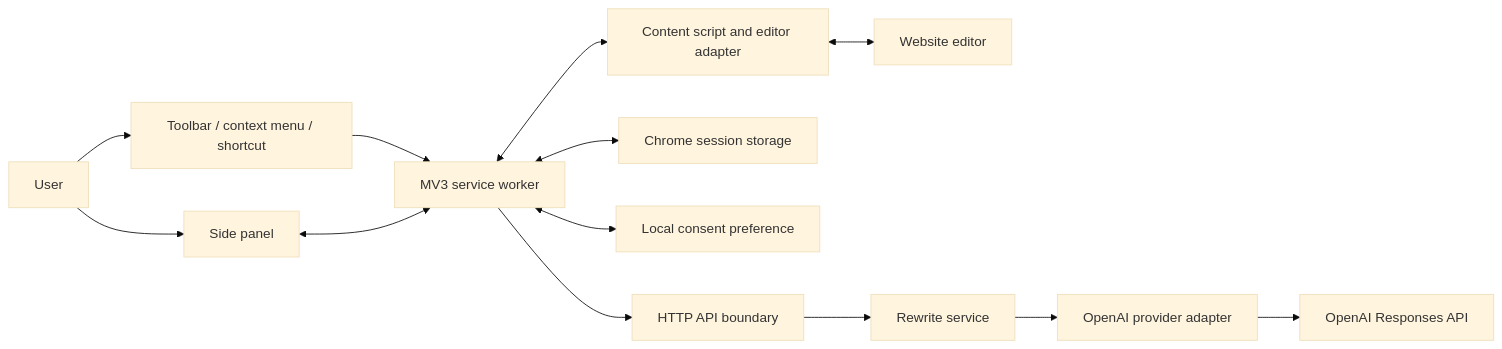
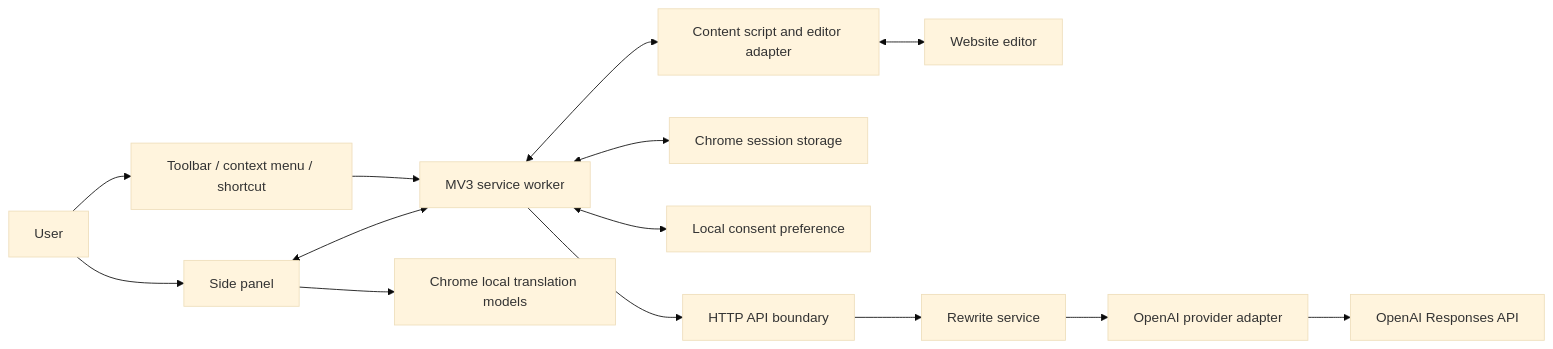
The diagram in docs/architecture/README.md (trinamntn08/SmartAssistance), drawn with Mermaid (base theme) before and after one commit. The commit also changed other lines of this file and 19 other files, not shown here.

First line of the commit message:
feat: integrate local-only Chrome reading translation

````diff
--- a/docs/architecture/README.md
+++ b/docs/architecture/README.md
@@ -50,15 +52,16 @@
 ```mermaid
 flowchart LR
     User --> Panel[Side panel]
     User --> Gesture[Toolbar / context menu / shortcut]
     Gesture --> Worker[MV3 service worker]
     Panel <--> Worker
+    Panel --> Local[Chrome local translation models]
     Worker <--> Content[Content script and editor adapter]
     Content <--> Editor[Website editor]
     Worker <--> Session[Chrome session storage]
     Worker <--> Consent[Local consent preference]
     Worker --> HTTP[HTTP API boundary]
     HTTP --> Domain[Rewrite service]
     Domain --> Adapter[OpenAI provider adapter]
     Adapter --> Provider[OpenAI Responses API]
 ```
````
